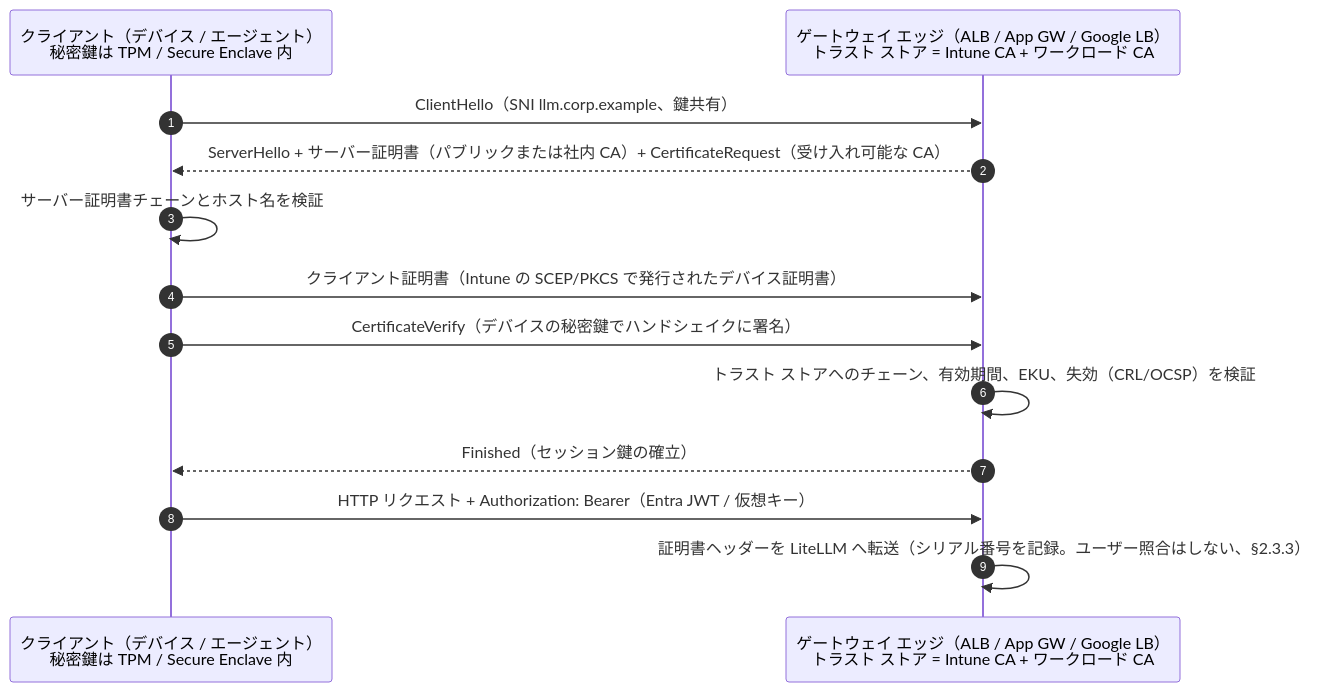
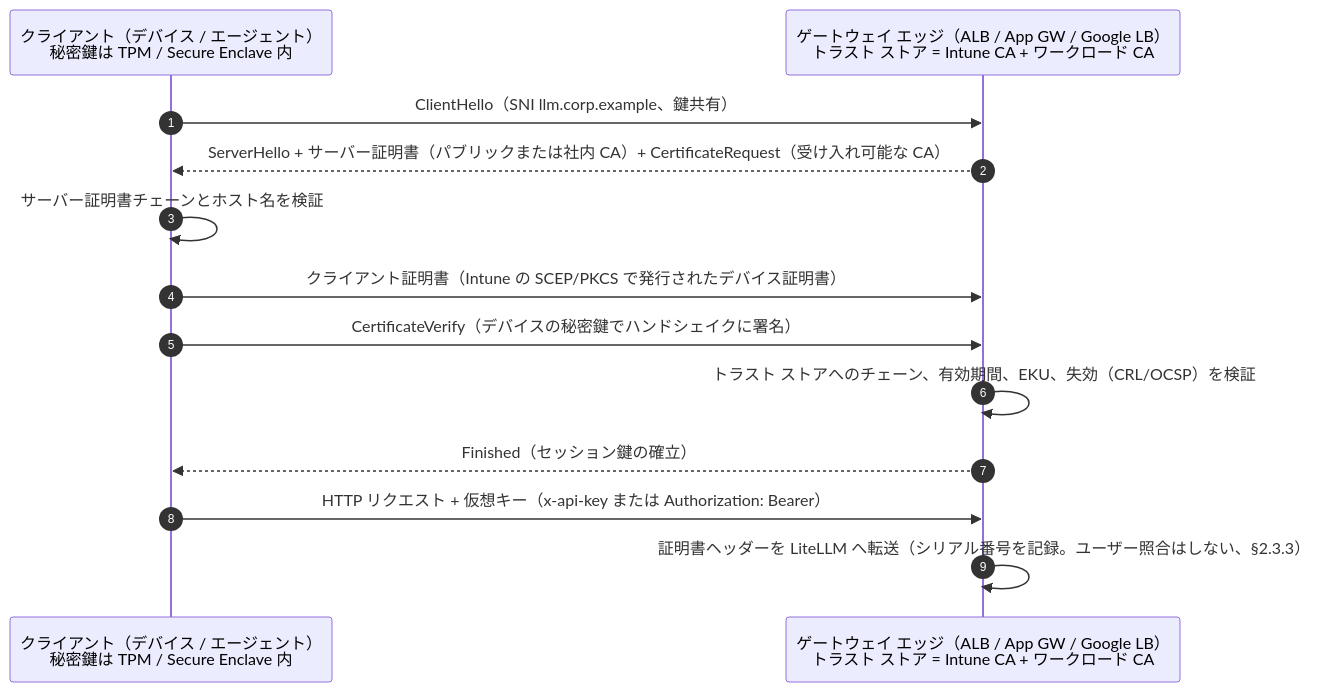
The fifth of 5 diagrams in docs/jp/07-private-connectivity.md (minddrop/llm-gateway-comparison), drawn with Mermaid before and after one commit. The commit also changed other lines of this file and 16 other files, not shown here.

````diff
--- a/docs/jp/07-private-connectivity.md
+++ b/docs/jp/07-private-connectivity.md
@@ -294,15 +294,15 @@
 ```mermaid
 sequenceDiagram
     autonumber
     participant C as クライアント（デバイス / エージェント）<br/>秘密鍵は TPM / Secure Enclave 内
     participant S as ゲートウェイ エッジ（ALB / App GW / Google LB）<br/>トラスト ストア = Intune CA + ワークロード CA
     C->>S: ClientHello（SNI llm.corp.example、鍵共有）
     S-->>C: ServerHello + サーバー証明書（パブリックまたは社内 CA）+ CertificateRequest（受け入れ可能な CA）
     C->>C: サーバー証明書チェーンとホスト名を検証
     C->>S: クライアント証明書（Intune の SCEP/PKCS で発行されたデバイス証明書）
     C->>S: CertificateVerify（デバイスの秘密鍵でハンドシェイクに署名）
     S->>S: トラスト ストアへのチェーン、有効期間、EKU、失効（CRL/OCSP）を検証
     S-->>C: Finished（セッション鍵の確立）
-    C->>S: HTTP リクエスト + Authorization: Bearer（Entra JWT / 仮想キー）
+    C->>S: HTTP リクエスト + 仮想キー（x-api-key または Authorization: Bearer）
     S->>S: 証明書ヘッダーを LiteLLM へ転送（シリアル番号を記録。ユーザー照合はしない、§2.3.3）
 ```
````
